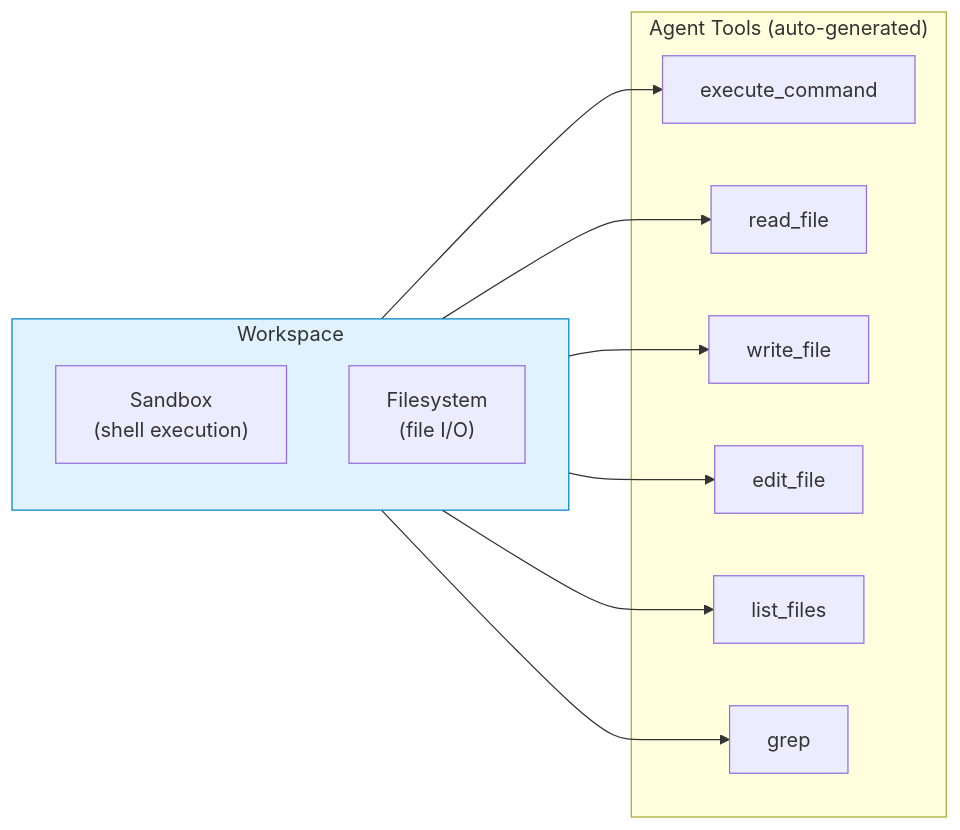
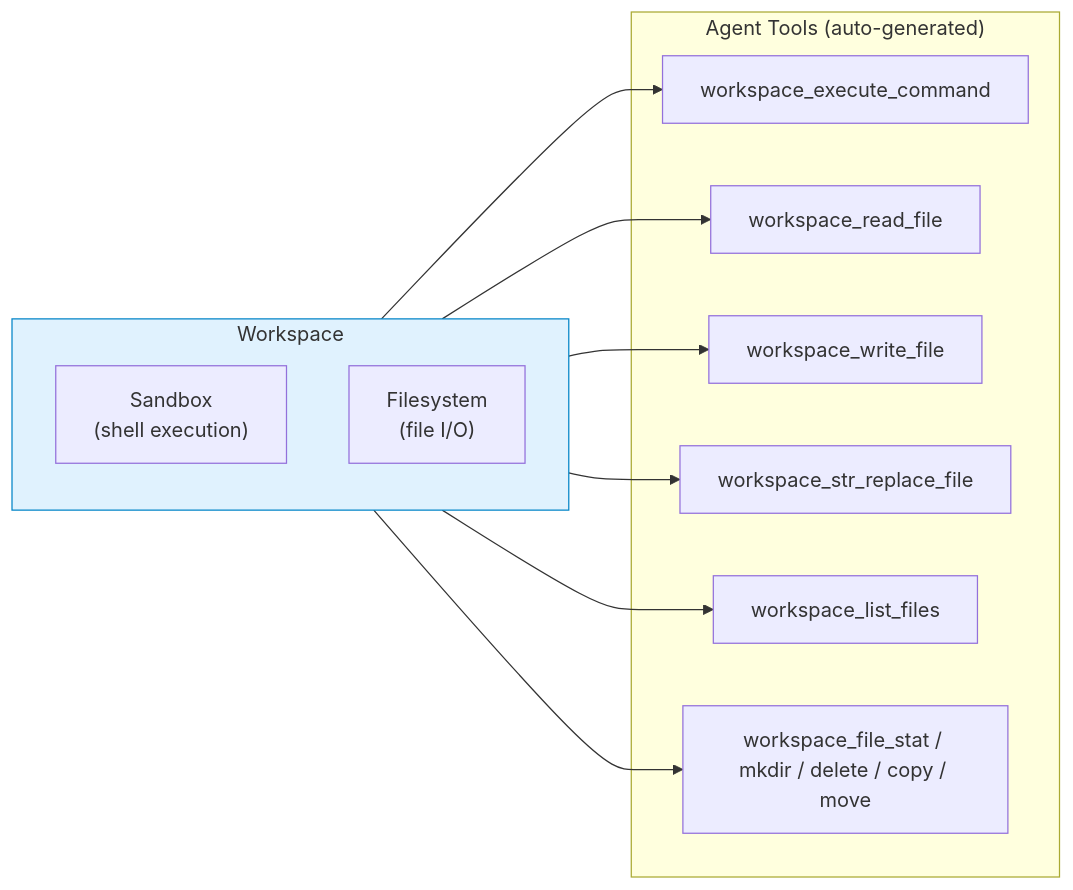
Before and after one commit to mayankjain1815-commits/n8n: the second of 6 diagrams in packages/@n8n/instance-ai/docs/sandboxing.md, drawn with Mermaid. The commit also changed other lines of this file and 11 other files, not shown here.

````diff
--- a/packages/@n8n/instance-ai/docs/sandboxing.md
+++ b/packages/@n8n/instance-ai/docs/sandboxing.md
@@ -60,26 +68,26 @@
 ```mermaid
 graph LR
     subgraph Workspace
         direction TB
         SB["Sandbox<br/>(shell execution)"]
         FS["Filesystem<br/>(file I/O)"]
     end
 
     subgraph "Agent Tools (auto-generated)"
-        T1["execute_command"]
-        T2["read_file"]
-        T3["write_file"]
-        T4["edit_file"]
-        T5["list_files"]
-        T6["grep"]
+        T1["workspace_execute_command"]
+        T2["workspace_read_file"]
+        T3["workspace_write_file"]
+        T4["workspace_str_replace_file"]
+        T5["workspace_list_files"]
+        T6["workspace_file_stat / mkdir / delete / copy / move"]
     end
 
     SB --> T1
     FS --> T2
     FS --> T3
     FS --> T4
     FS --> T5
     FS --> T6
 
     style Workspace fill:#e0f2fe,stroke:#0284c7
 ```
````
